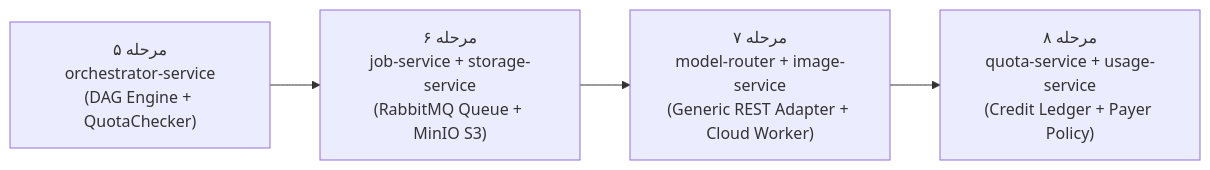
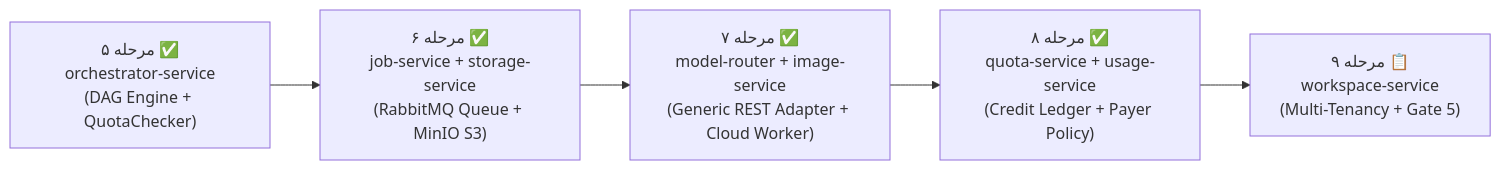
Before and after one commit to itstalentnet/dotdive: the diagram in docs/lemmo/03-backend/roadmap.md, drawn with Mermaid. The commit also changed other lines of this file and 6 other files, not shown here.

Commit message:
docs(backend): ratify ADR-010 for workspace-service and update Phase 1 Milestone Gate 5 roadmap

````diff
--- a/docs/lemmo/03-backend/roadmap.md
+++ b/docs/lemmo/03-backend/roadmap.md
@@ -46,6 +46,7 @@
 ```mermaid
 flowchart LR
-    S5["مرحله ۵<br>orchestrator-service<br>(DAG Engine + QuotaChecker)"] --> S6["مرحله ۶<br>job-service + storage-service<br>(RabbitMQ Queue + MinIO S3)"]
-    S6 --> S7["مرحله ۷<br>model-router + image-service<br>(Generic REST Adapter + Cloud Worker)"]
-    S7 --> S8["مرحله ۸<br>quota-service + usage-service<br>(Credit Ledger + Payer Policy)"]
+    S5["مرحله ۵ ✅<br>orchestrator-service<br>(DAG Engine + QuotaChecker)"] --> S6["مرحله ۶ ✅<br>job-service + storage-service<br>(RabbitMQ Queue + MinIO S3)"]
+    S6 --> S7["مرحله ۷ ✅<br>model-router + image-service<br>(Generic REST Adapter + Cloud Worker)"]
+    S7 --> S8["مرحله ۸ ✅<br>quota-service + usage-service<br>(Credit Ledger + Payer Policy)"]
+    S8 --> S9["مرحله ۹ 📋<br>workspace-service<br>(Multi-Tenancy + Gate 5)"]
 ```
````
